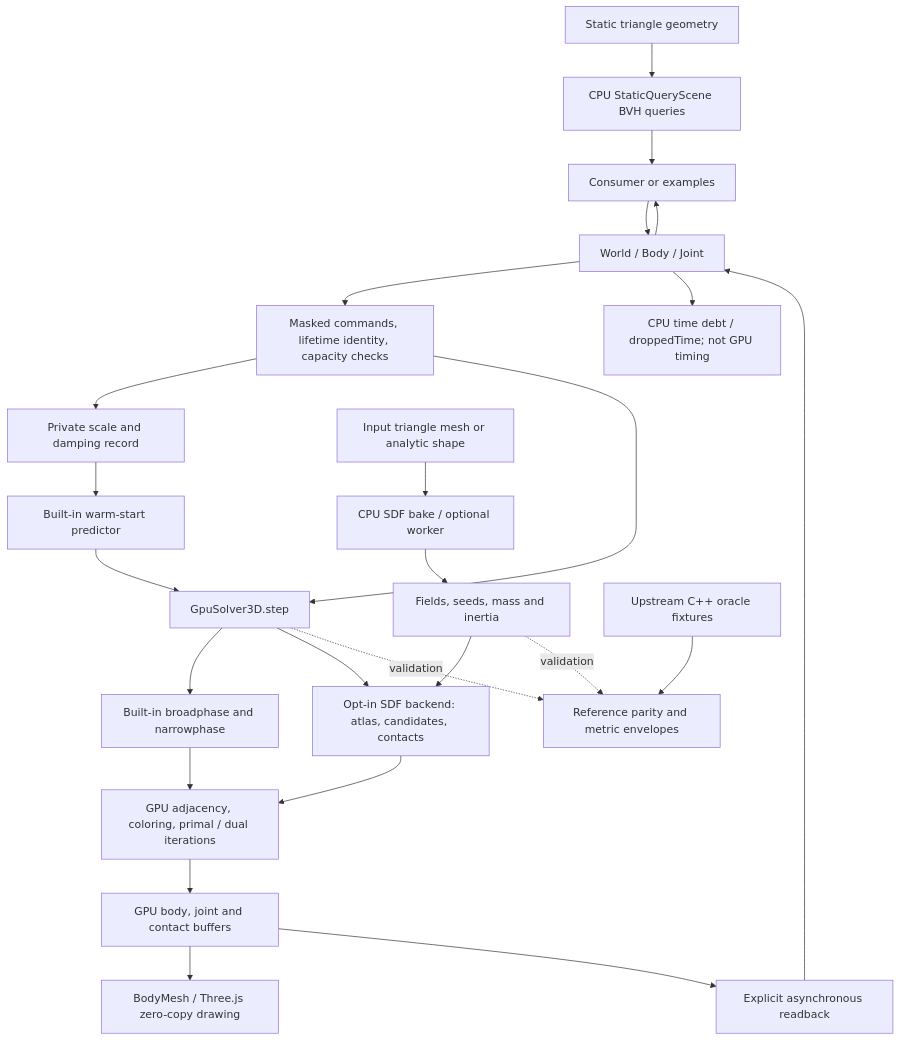
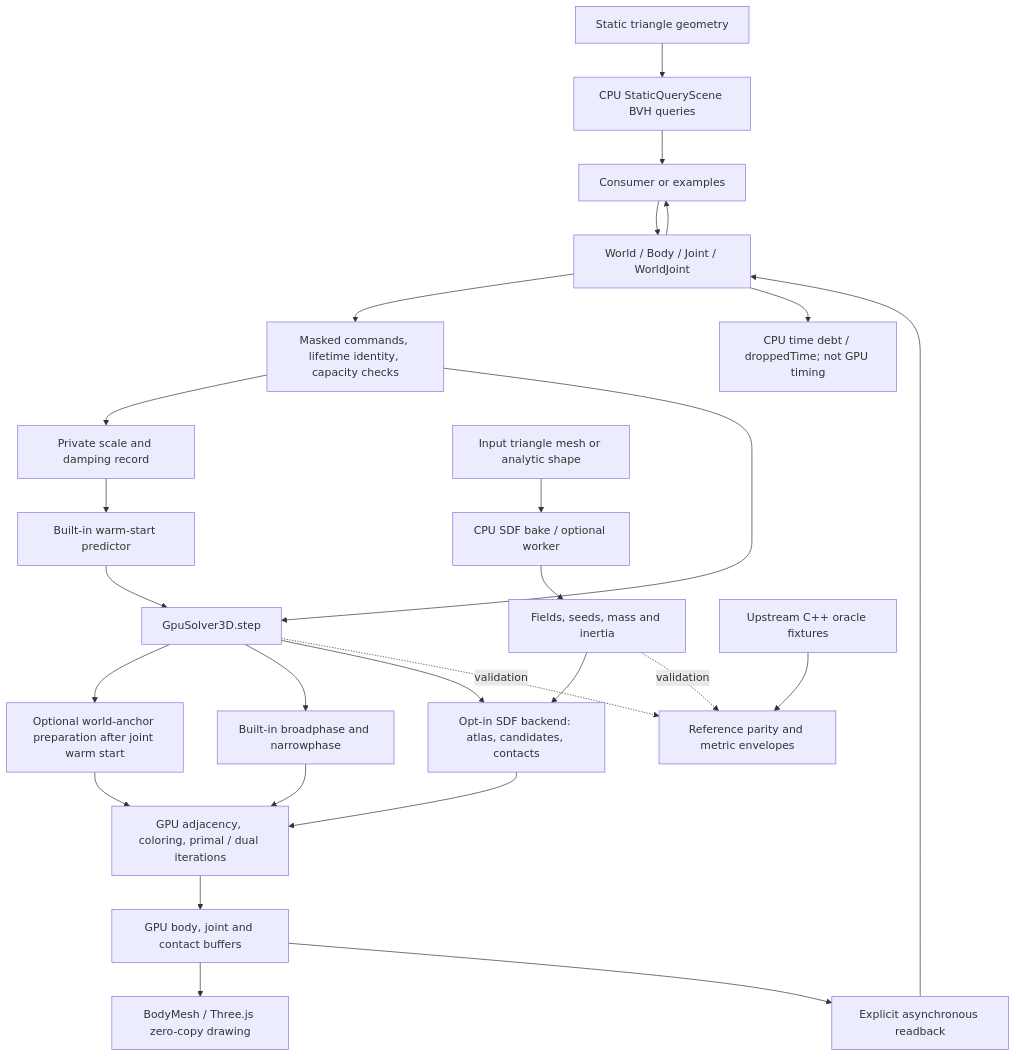
The first of 14 diagrams in docs/API.md (sbobyn/three-avbd), drawn with Mermaid before and after one commit. The commit also changed other lines of this file and 17 other files, not shown here.

````diff
--- a/docs/API.md
+++ b/docs/API.md
@@ -24,27 +24,29 @@
 ```mermaid
 flowchart TD
-  App[Consumer or examples] --> World[World / Body / Joint]
+  App[Consumer or examples] --> World[World / Body / Joint / WorldJoint]
   World --> Commands[Masked commands, lifetime identity, capacity checks]
   World --> TimeDebt[CPU time debt / droppedTime; not GPU timing]
   Commands --> Aux[Private scale and damping record]
   Aux --> Integrate[Built-in warm-start predictor]
   Integrate --> Solver
   Commands --> Solver[GpuSolver3D.step]
+  Solver --> AnchorPrep[Optional world-anchor preparation after joint warm start]
+  AnchorPrep --> Solve
   Solver --> Collision[Built-in broadphase and narrowphase]
   Mesh[Input triangle mesh or analytic shape] --> Bake[CPU SDF bake / optional worker]
   Bake --> Fields[Fields, seeds, mass and inertia]
   Fields --> SDF[Opt-in SDF backend: atlas, candidates, contacts]
   Solver --> SDF
   Collision --> Solve[GPU adjacency, coloring, primal / dual iterations]
   SDF --> Solve
   Solve --> Buffers[GPU body, joint and contact buffers]
   Buffers --> Draw[BodyMesh / Three.js zero-copy drawing]
   Buffers --> Read[Explicit asynchronous readback]
   Read --> World
   World --> App
   Static[Static triangle geometry] --> Queries[CPU StaticQueryScene BVH queries]
   Queries --> App
   Oracle[Upstream C++ oracle fixtures] --> Tests[Reference parity and metric envelopes]
   Solver -. validation .-> Tests
   Fields -. validation .-> Tests
 ```
````
